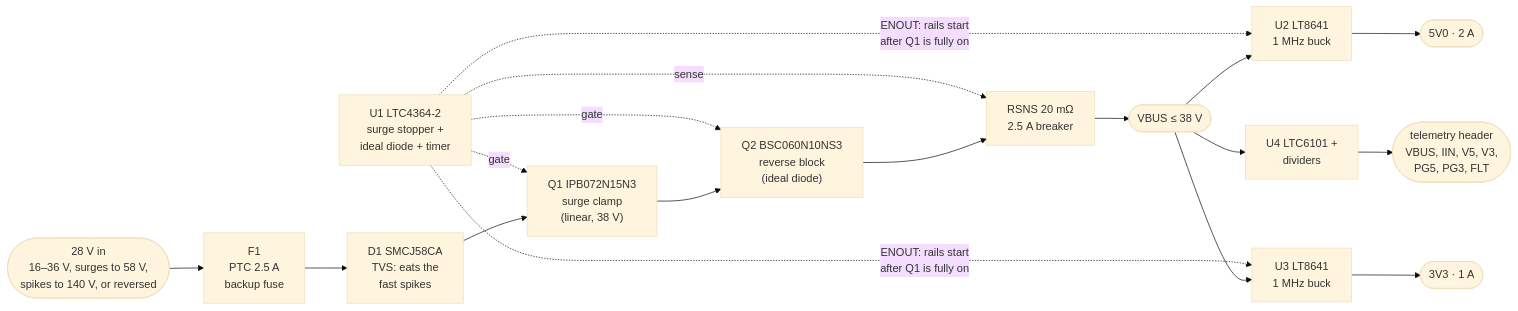
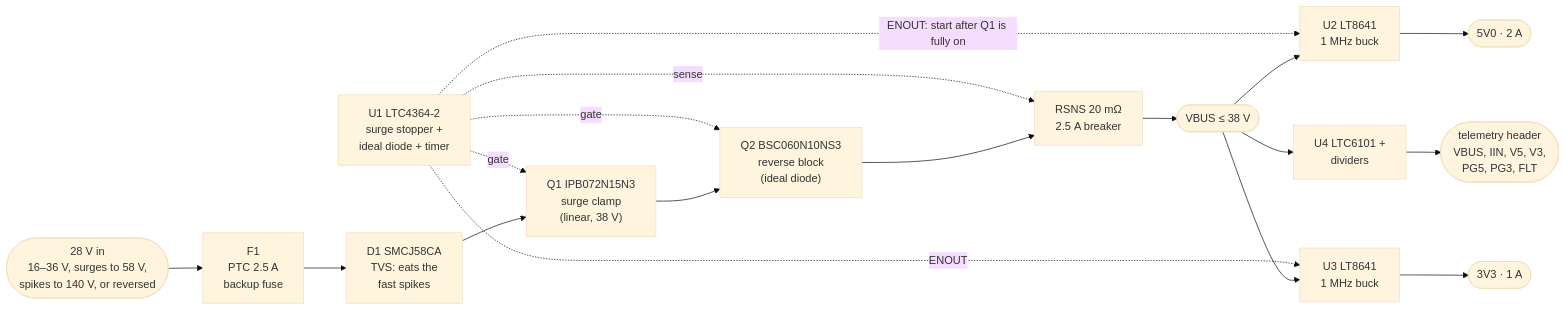
One commit to nguyyy/28v-protected-power-module changed the diagram in README.md. Above: the diagram before and after it, drawn with Mermaid (base theme).

Commit message:
README: simpler Mermaid link syntax

````diff
--- a/README.md
+++ b/README.md
@@ -39,16 +39,20 @@
 ```mermaid
 flowchart LR
     IN(["28 V in<br/>16–36 V, surges to 58 V,<br/>spikes to 140 V, or reversed"]) --> F1["F1<br/>PTC 2.5 A<br/>backup fuse"]
     F1 --> D1["D1 SMCJ58CA<br/>TVS: eats the<br/>fast spikes"]
     D1 --> Q1["Q1 IPB072N15N3<br/>surge clamp<br/>(linear, 38 V)"]
     Q1 --> Q2["Q2 BSC060N10NS3<br/>reverse block<br/>(ideal diode)"]
     Q2 --> RS["RSNS 20 mΩ<br/>2.5 A breaker"]
     RS --> BUS(["VBUS ≤ 38 V"])
-    U1["U1 LTC4364-2<br/>surge stopper +<br/>ideal diode + timer"] -. gate .-> Q1
-    U1 -. gate .-> Q2
-    U1 -. sense .-> RS
-    BUS --> B5["U2 LT8641<br/>1 MHz buck"] --> V5(["5V0 · 2 A"])
-    BUS --> B3["U3 LT8641<br/>1 MHz buck"] --> V3(["3V3 · 1 A"])
-    U1 -. "ENOUT: rails start<br/>after Q1 is fully on" .-> B5 & B3
-    BUS --> TM["U4 LTC6101 +<br/>dividers"] --> HDR(["telemetry header<br/>VBUS, IIN, V5, V3,<br/>PG5, PG3, FLT"])
+    U1["U1 LTC4364-2<br/>surge stopper +<br/>ideal diode + timer"] -.->|gate| Q1
+    U1 -.->|gate| Q2
+    U1 -.->|sense| RS
+    BUS --> B5["U2 LT8641<br/>1 MHz buck"]
+    B5 --> V5(["5V0 · 2 A"])
+    BUS --> B3["U3 LT8641<br/>1 MHz buck"]
+    B3 --> V3(["3V3 · 1 A"])
+    U1 -.->|"ENOUT: start after Q1 is fully on"| B5
+    U1 -.->|ENOUT| B3
+    BUS --> TM["U4 LTC6101 +<br/>dividers"]
+    TM --> HDR(["telemetry header<br/>VBUS, IIN, V5, V3,<br/>PG5, PG3, FLT"])
 ```
````
